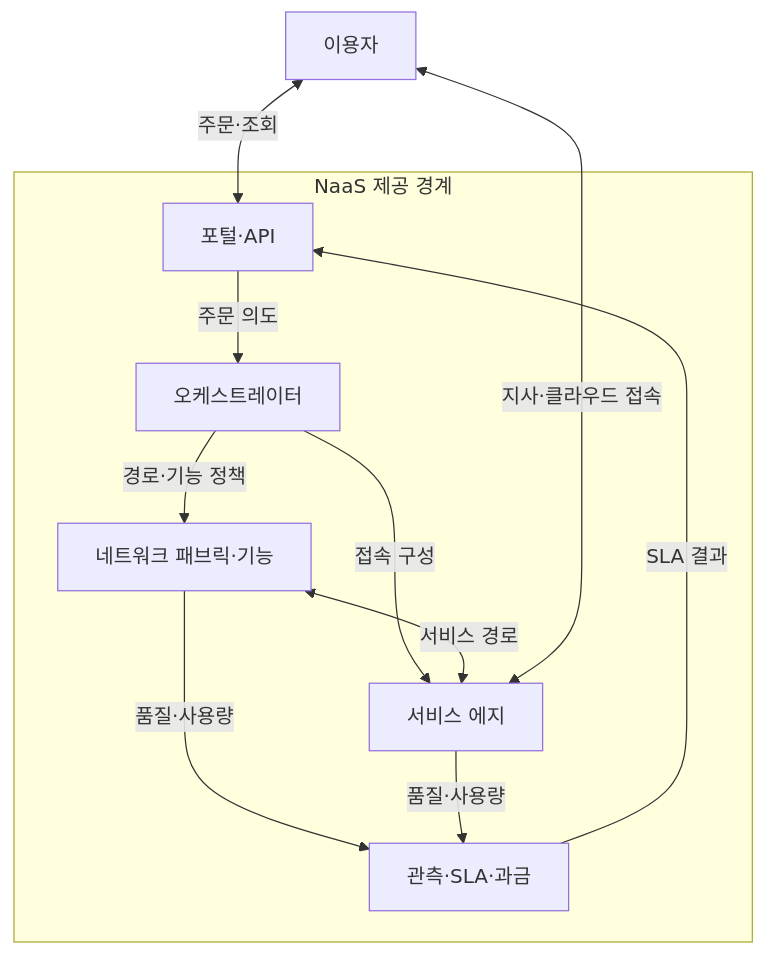
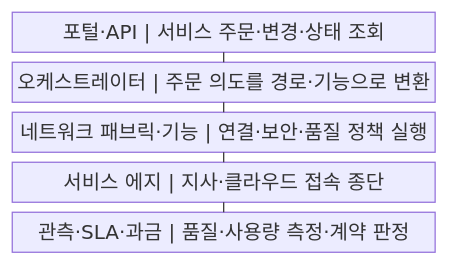
Before and after one commit to agnusdei1207/knowledge-base: the first of 2 diagrams in src/content/docs/notes/04-network/060_network_as_a_service.md, drawn with Mermaid. The commit also changed other lines of this file and 20 other files, not shown here.

````diff
--- a/src/content/docs/notes/04-network/060_network_as_a_service.md
+++ b/src/content/docs/notes/04-network/060_network_as_a_service.md
@@ -54,20 +54,13 @@
 ```mermaid
-flowchart TB
-    USER[이용자]
-    subgraph N[NaaS 제공 경계]
-        PORTAL[포털·API]
-        ORCH[오케스트레이터]
-        FABRIC[네트워크 패브릭·기능]
-        EDGE[서비스 에지]
-        ASSURE[관측·SLA·과금]
-        PORTAL -->|주문 의도| ORCH
-        ORCH -->|경로·기능 정책| FABRIC
-        ORCH -->|접속 구성| EDGE
-        FABRIC <-->|서비스 경로| EDGE
-        FABRIC -->|품질·사용량| ASSURE
-        EDGE -->|품질·사용량| ASSURE
-        ASSURE -->|SLA 결과| PORTAL
-    end
-    USER <-->|주문·조회| PORTAL
-    USER <-->|지사·클라우드 접속| EDGE
+block
+    columns 1
+    A["포털·API | 서비스 주문·변경·상태 조회"]
+    B["오케스트레이터 | 주문 의도를 경로·기능으로 변환"]
+    C["네트워크 패브릭·기능 | 연결·보안·품질 정책 실행"]
+    D["서비스 에지 | 지사·클라우드 접속 종단"]
+    E["관측·SLA·과금 | 품질·사용량 측정·계약 판정"]
+    A --- B
+    B --- C
+    C --- D
+    D --- E
 ```
````
